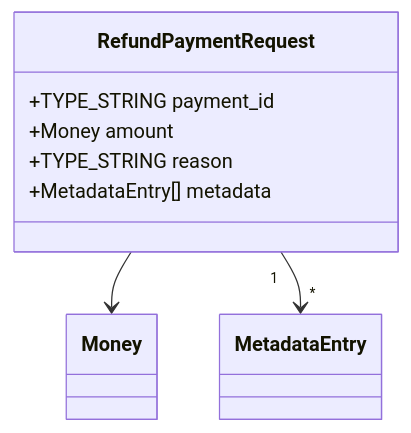
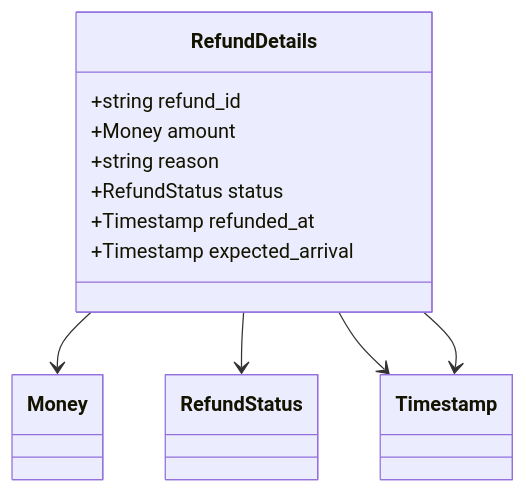
Diagram 43 of 44 in test-monorepo/docs/consolidated/PaymentService.md (kyivinua/root), drawn with Mermaid before and after one commit. The commit also changed other lines of this file and 5 other files, not shown here.

````diff
--- a/test-monorepo/docs/consolidated/PaymentService.md
+++ b/test-monorepo/docs/consolidated/PaymentService.md
@@ -959,11 +2247,15 @@
 ```mermaid
 classDiagram
-    class RefundPaymentRequest {
-        +TYPE_STRING payment_id
+    class RefundDetails {
+        +string refund_id
         +Money amount
-        +TYPE_STRING reason
-        +MetadataEntry[] metadata
+        +string reason
+        +RefundStatus status
+        +Timestamp refunded_at
+        +Timestamp expected_arrival
     }
-    RefundPaymentRequest --> Money
-    RefundPaymentRequest "1" --> "*" MetadataEntry
+    RefundDetails --> Money
+    RefundDetails --> RefundStatus
+    RefundDetails --> Timestamp
+    RefundDetails --> Timestamp
 ```
````
